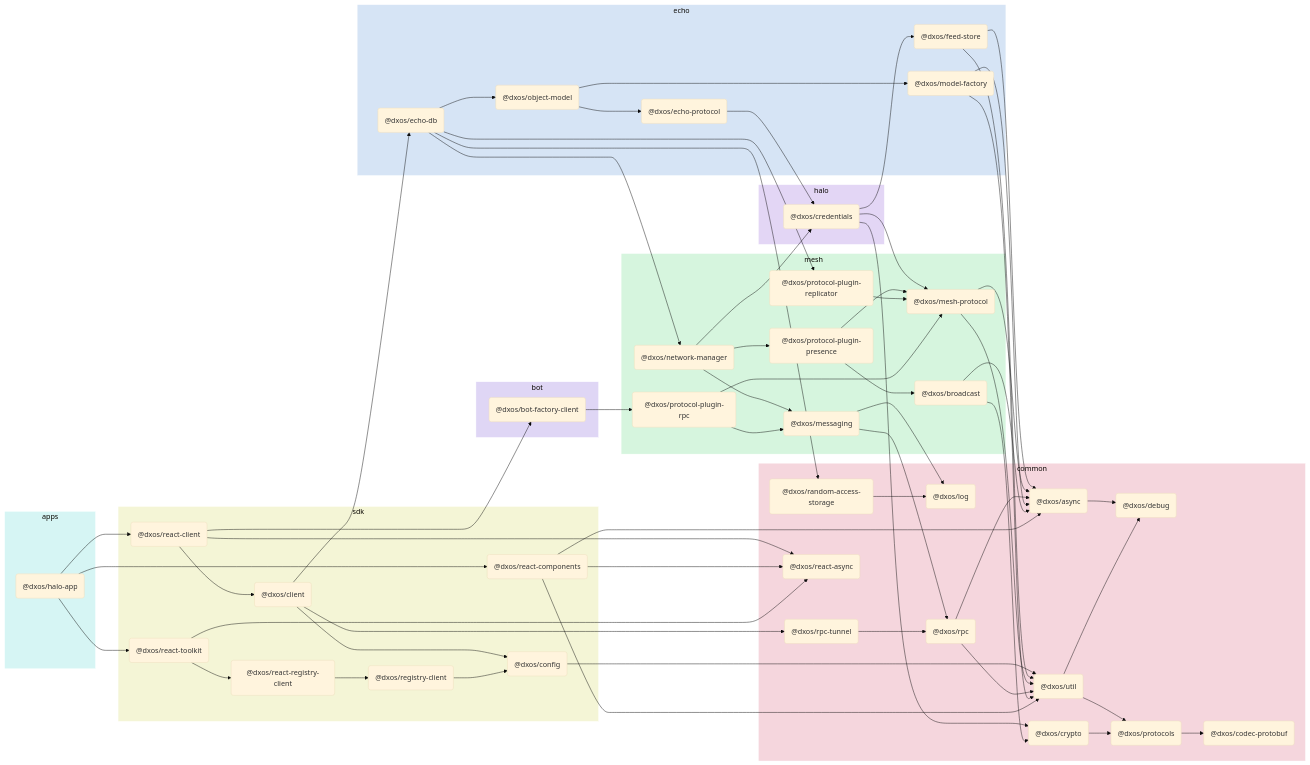
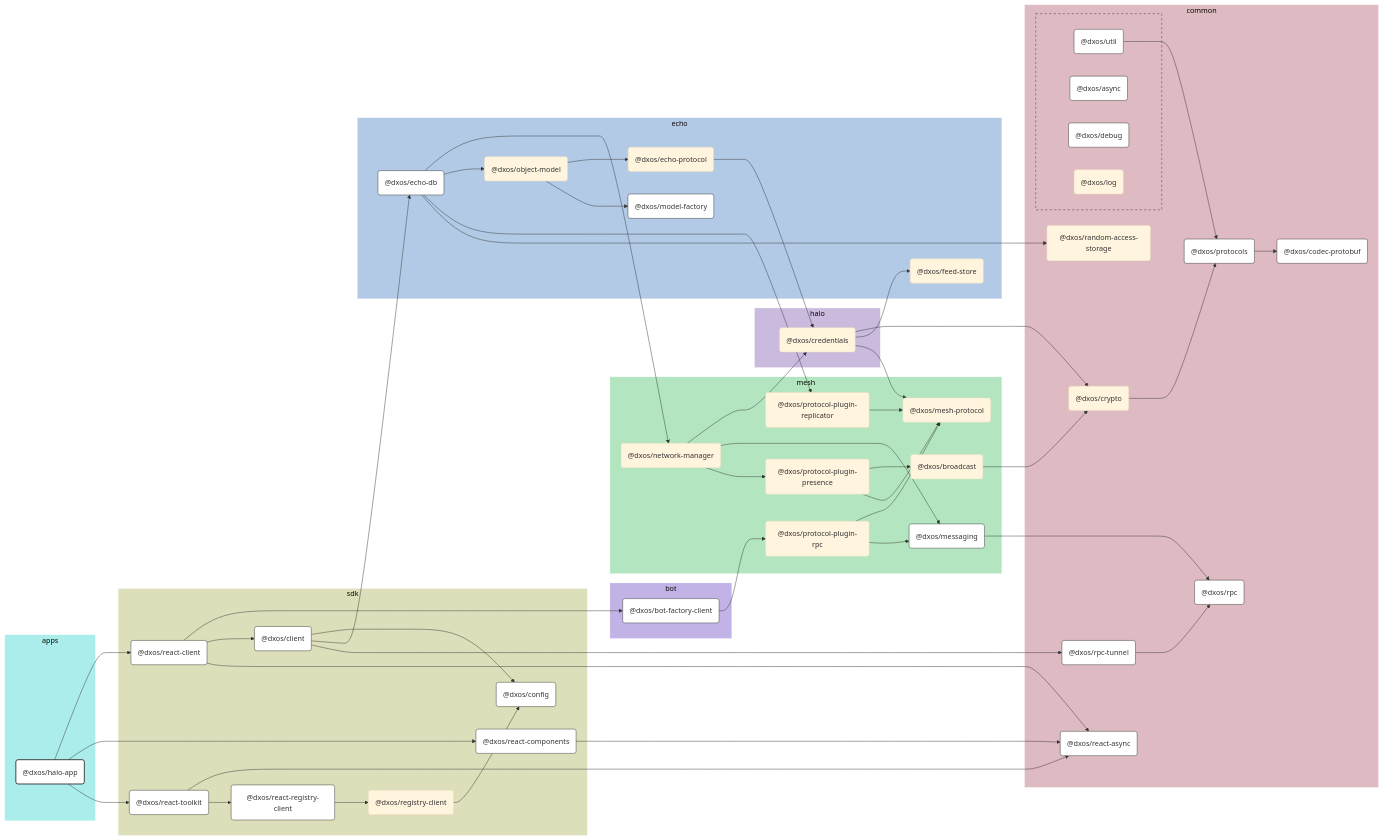
The diagram in apps/halo/docs/README.md (dxos/dxos), drawn with Mermaid (base theme) before and after one commit. The commit also changed other lines of this file and 109 other files, not shown here.

````diff
--- a/apps/halo/docs/README.md
+++ b/apps/halo/docs/README.md
@@ -5,120 +7,167 @@
 ```mermaid
-flowchart LR;
+%%{ init: {'flowchart':{'curve':'basis'}} }%%
 
+flowchart LR
+
+%% Links
+dxos/bot-factory-client --> dxos/protocol-plugin-rpc;
+dxos/broadcast --> dxos/crypto;
+dxos/client --> dxos/config;
+dxos/client --> dxos/echo-db;
+dxos/client --> dxos/rpc-tunnel;
+dxos/credentials --> dxos/crypto;
+dxos/credentials --> dxos/feed-store;
+dxos/credentials --> dxos/mesh-protocol;
+dxos/crypto --> dxos/protocols;
+dxos/echo-db --> dxos/network-manager;
+dxos/echo-db --> dxos/object-model;
+dxos/echo-db --> dxos/protocol-plugin-replicator;
+dxos/echo-db --> dxos/random-access-storage;
+dxos/echo-protocol --> dxos/credentials;
+dxos/halo-app --> dxos/react-client;
+dxos/halo-app --> dxos/react-components;
+dxos/halo-app --> dxos/react-toolkit;
+dxos/messaging --> dxos/rpc;
+dxos/network-manager --> dxos/credentials;
+dxos/network-manager --> dxos/messaging;
+dxos/network-manager --> dxos/protocol-plugin-presence;
+dxos/object-model --> dxos/echo-protocol;
+dxos/object-model --> dxos/model-factory;
+dxos/protocol-plugin-presence --> dxos/broadcast;
+dxos/protocol-plugin-presence --> dxos/mesh-protocol;
+dxos/protocol-plugin-replicator --> dxos/mesh-protocol;
+dxos/protocol-plugin-rpc --> dxos/mesh-protocol;
+dxos/protocol-plugin-rpc --> dxos/messaging;
+dxos/protocols --> dxos/codec-protobuf;
+dxos/react-client --> dxos/bot-factory-client;
+dxos/react-client --> dxos/client;
+dxos/react-client --> dxos/react-async;
+dxos/react-components --> dxos/react-async;
+dxos/react-registry-client --> dxos/registry-client;
+dxos/react-toolkit --> dxos/react-async;
+dxos/react-toolkit --> dxos/react-registry-client;
+dxos/registry-client --> dxos/config;
+dxos/rpc-tunnel --> dxos/rpc;
+dxos/util --> dxos/protocols;
+
+%% Sections
 subgraph apps
-  style apps fill:#d6f5f4,stroke:#fff;
-  dxos/halo-app("@dxos/halo-app");
+  style apps fill:#abedeb,stroke:#fff;
+
+  dxos/halo-app("@dxos/halo-app")
 end
 
 subgraph sdk
-  style sdk fill:#f4f5d6,stroke:#fff;
-  dxos/client("@dxos/client");
-  dxos/config("@dxos/config");
-  dxos/react-client("@dxos/react-client");
-  dxos/react-components("@dxos/react-components");
-  dxos/react-toolkit("@dxos/react-toolkit");
-  dxos/react-registry-client("@dxos/react-registry-client");
-  dxos/registry-client("@dxos/registry-client");
+  style sdk fill:#dddeba,stroke:#fff;
+
+  dxos/client("@dxos/client")
+  dxos/config("@dxos/config")
+  dxos/react-client("@dxos/react-client")
+  dxos/react-components("@dxos/react-components")
+  dxos/react-registry-client("@dxos/react-registry-client")
+  dxos/react-toolkit("@dxos/react-toolkit")
+  dxos/registry-client("@dxos/registry-client")
 end
 
 subgraph common
-  style common fill:#f5d6dd,stroke:#fff;
-  dxos/async("@dxos/async");
-  dxos/debug("@dxos/debug");
-  dxos/codec-protobuf("@dxos/codec-protobuf");
-  dxos/protocols("@dxos/protocols");
-  dxos/util("@dxos/util");
-  dxos/log("@dxos/log");
-  dxos/crypto("@dxos/crypto");
-  dxos/rpc("@dxos/rpc");
-  dxos/random-access-storage("@dxos/random-access-storage");
-  dxos/rpc-tunnel("@dxos/rpc-tunnel");
-  dxos/react-async("@dxos/react-async");
+  style common fill:#debac2,stroke:#fff;
+
+  dxos/codec-protobuf("@dxos/codec-protobuf")
+  dxos/crypto("@dxos/crypto")
+  dxos/protocols("@dxos/protocols")
+  dxos/random-access-storage("@dxos/random-access-storage")
+  dxos/react-async("@dxos/react-async")
+  dxos/rpc("@dxos/rpc")
+  dxos/rpc-tunnel("@dxos/rpc-tunnel")
+
+  subgraph common-excluded [ ]
+    style common-excluded fill:#debac2,stroke:#333,stroke-dasharray:5 5;
+
+    dxos/async("@dxos/async")
+    dxos/debug("@dxos/debug")
+    dxos/log("@dxos/log")
+    dxos/util("@dxos/util")
+  end
 end
 
 subgraph echo
-  style echo fill:#d6e4f5,stroke:#fff;
-  dxos/echo-db("@dxos/echo-db");
-  dxos/feed-store("@dxos/feed-store");
-  dxos/echo-protocol("@dxos/echo-protocol");
-  dxos/model-factory("@dxos/model-factory");
-  dxos/object-model("@dxos/object-model");
+  style echo fill:#b3cae6,stroke:#fff;
+
+  dxos/echo-db("@dxos/echo-db")
+  dxos/echo-protocol("@dxos/echo-protocol")
+  dxos/feed-store("@dxos/feed-store")
+  dxos/model-factory("@dxos/model-factory")
+  dxos/object-model("@dxos/object-model")
 end
 
 subgraph halo
-  style halo fill:#e3d6f5,stroke:#fff;
-  dxos/credentials("@dxos/credentials");
+  style halo fill:#cabade,stroke:#fff;
+
+  dxos/credentials("@dxos/credentials")
 end
 
 subgraph mesh
-  style mesh fill:#d6f5de,stroke:#fff;
-  dxos/mesh-protocol("@dxos/mesh-protocol");
-  dxos/messaging("@dxos/messaging");
-  dxos/network-manager("@dxos/network-manager");
-  dxos/protocol-plugin-presence("@dxos/protocol-plugin-presence");
-  dxos/broadcast("@dxos/broadcast");
-  dxos/protocol-plugin-replicator("@dxos/protocol-plugin-replicator");
-  dxos/protocol-plugin-rpc("@dxos/protocol-plugin-rpc");
+  style mesh fill:#b3e6c0,stroke:#fff;
+
+  dxos/broadcast("@dxos/broadcast")
+  dxos/mesh-protocol("@dxos/mesh-protocol")
+  dxos/messaging("@dxos/messaging")
+  dxos/network-manager("@dxos/network-manager")
+  dxos/protocol-plugin-presence("@dxos/protocol-plugin-presence")
+  dxos/protocol-plugin-replicator("@dxos/protocol-plugin-replicator")
+  dxos/protocol-plugin-rpc("@dxos/protocol-plugin-rpc")
 end
 
 subgraph bot
-  style bot fill:#dfd6f5,stroke:#fff;
-  dxos/bot-factory-client("@dxos/bot-factory-client");
+  style bot fill:#c2b3e6,stroke:#fff;
+
+  dxos/bot-factory-client("@dxos/bot-factory-client")
 end
 
-dxos/async --> dxos/debug;
-dxos/client --> dxos/config;
-dxos/protocols --> dxos/codec-protobuf;
-dxos/config --> dxos/util;
-dxos/util --> dxos/debug;
-dxos/util --> dxos/protocols;
-dxos/client --> dxos/echo-db;
-dxos/credentials --> dxos/crypto;
-dxos/crypto --> dxos/protocols;
-dxos/credentials --> dxos/feed-store;
-dxos/feed-store --> dxos/async;
-dxos/feed-store --> dxos/util;
-dxos/credentials --> dxos/mesh-protocol;
-dxos/mesh-protocol --> dxos/async;
-dxos/mesh-protocol --> dxos/util;
-dxos/echo-protocol --> dxos/credentials;
-dxos/messaging --> dxos/log;
-dxos/messaging --> dxos/rpc;
-dxos/rpc --> dxos/async;
-dxos/rpc --> dxos/util;
-dxos/model-factory --> dxos/async;
-dxos/model-factory --> dxos/util;
-dxos/echo-db --> dxos/network-manager;
-dxos/network-manager --> dxos/credentials;
-dxos/network-manager --> dxos/messaging;
-dxos/network-manager --> dxos/protocol-plugin-presence;
-dxos/protocol-plugin-presence --> dxos/broadcast;
-dxos/broadcast --> dxos/async;
-dxos/broadcast --> dxos/crypto;
-dxos/protocol-plugin-presence --> dxos/mesh-protocol;
-dxos/echo-db --> dxos/object-model;
-dxos/object-model --> dxos/echo-protocol;
-dxos/object-model --> dxos/model-factory;
-dxos/echo-db --> dxos/protocol-plugin-replicator;
-dxos/protocol-plugin-replicator --> dxos/mesh-protocol;
-dxos/echo-db --> dxos/random-access-storage;
-dxos/random-access-storage --> dxos/log;
-dxos/client --> dxos/rpc-tunnel;
-dxos/rpc-tunnel --> dxos/rpc;
-dxos/halo-app --> dxos/react-client;
-dxos/react-client --> dxos/bot-factory-client;
-dxos/bot-factory-client --> dxos/protocol-plugin-rpc;
-dxos/protocol-plugin-rpc --> dxos/messaging;
-dxos/protocol-plugin-rpc --> dxos/mesh-protocol;
-dxos/react-client --> dxos/client;
-dxos/react-client --> dxos/react-async;
-dxos/halo-app --> dxos/react-components;
-dxos/react-components --> dxos/async;
-dxos/react-components --> dxos/react-async;
-dxos/react-components --> dxos/util;
-dxos/halo-app --> dxos/react-toolkit;
-dxos/react-toolkit --> dxos/react-async;
-dxos/react-toolkit --> dxos/react-registry-client;
-dxos/react-registry-client --> dxos/registry-client;
-dxos/registry-client --> dxos/config;
+
+%% Hyperlinks
+click dxos/async href "https:/github.com/dxos/dxos/tree/main/packages/common/async/docs";
+click dxos/bot-factory-client href "https:/github.com/dxos/dxos/tree/main/packages/bot/bot-factory-client/docs";
+click dxos/client href "https:/github.com/dxos/dxos/tree/main/packages/sdk/client/docs";
+click dxos/codec-protobuf href "https:/github.com/dxos/dxos/tree/main/packages/common/codec-protobuf/docs";
+click dxos/config href "https:/github.com/dxos/dxos/tree/main/packages/sdk/config/docs";
+click dxos/debug href "https:/github.com/dxos/dxos/tree/main/packages/common/debug/docs";
+click dxos/echo-db href "https:/github.com/dxos/dxos/tree/main/packages/echo/echo-db/docs";
+click dxos/messaging href "https:/github.com/dxos/dxos/tree/main/packages/mesh/messaging/docs";
+click dxos/model-factory href "https:/github.com/dxos/dxos/tree/main/packages/echo/model-factory/docs";
+click dxos/protocols href "https:/github.com/dxos/dxos/tree/main/packages/common/protocols/docs";
+click dxos/react-async href "https:/github.com/dxos/dxos/tree/main/packages/common/react-async/docs";
+click dxos/react-client href "https:/github.com/dxos/dxos/tree/main/packages/sdk/react-client/docs";
+click dxos/react-components href "https:/github.com/dxos/dxos/tree/main/packages/sdk/react-components/docs";
+click dxos/react-registry-client href "https:/github.com/dxos/dxos/tree/main/packages/sdk/react-registry-client/docs";
+click dxos/react-toolkit href "https:/github.com/dxos/dxos/tree/main/packages/sdk/react-toolkit/docs";
+click dxos/rpc href "https:/github.com/dxos/dxos/tree/main/packages/common/rpc/docs";
+click dxos/rpc-tunnel href "https:/github.com/dxos/dxos/tree/main/packages/common/rpc-tunnel/docs";
+click dxos/util href "https:/github.com/dxos/dxos/tree/main/packages/common/util/docs";
+
+%% Styles
+classDef rootNode fill:#fff,stroke:#333,stroke-width:2px
+classDef defaultNode fill:#fff,stroke:#333,stroke-width:1px
+linkStyle default stroke:#333,stroke-width:1px
+
+dxos/halo-app:::rootNode
+
+dxos/async:::defaultNode
+dxos/bot-factory-client:::defaultNode
+dxos/client:::defaultNode
+dxos/codec-protobuf:::defaultNode
+dxos/config:::defaultNode
+dxos/debug:::defaultNode
+dxos/echo-db:::defaultNode
+dxos/messaging:::defaultNode
+dxos/model-factory:::defaultNode
+dxos/protocols:::defaultNode
+dxos/react-async:::defaultNode
+dxos/react-client:::defaultNode
+dxos/react-components:::defaultNode
+dxos/react-registry-client:::defaultNode
+dxos/react-toolkit:::defaultNode
+dxos/rpc:::defaultNode
+dxos/rpc-tunnel:::defaultNode
+dxos/util:::defaultNode
 ```
````
